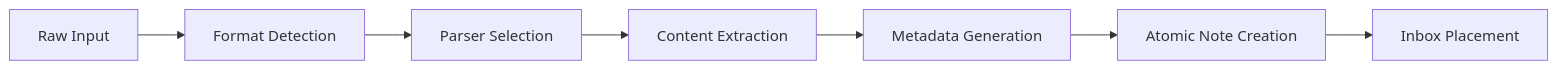
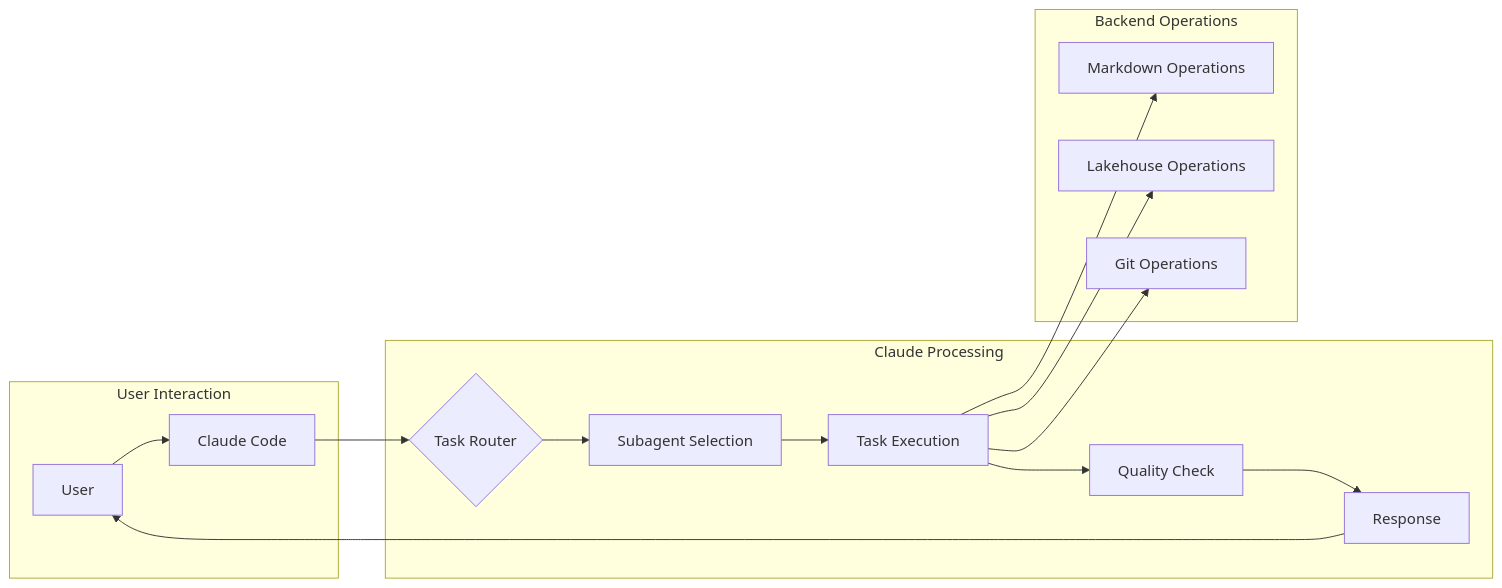
One commit to tommy-ca/research changed the second of 6 diagrams in docs/pkm-architecture/PKM-SYSTEM-ARCHITECTURE.md. Above: the diagram before and after it, drawn with Mermaid. The commit also changed other lines of this file and 4 other files, not shown here.

First line of the commit message:
feat: PKM Architecture v3.0 - Claude Code as Universal Orchestrator

````diff
--- a/docs/pkm-architecture/PKM-SYSTEM-ARCHITECTURE.md
+++ b/docs/pkm-architecture/PKM-SYSTEM-ARCHITECTURE.md
@@ -58,9 +187,22 @@
 ```mermaid
 graph LR
-    A[Raw Input] --> B[Format Detection]
-    B --> C[Parser Selection]
-    C --> D[Content Extraction]
-    D --> E[Metadata Generation]
-    E --> F[Atomic Note Creation]
-    F --> G[Inbox Placement]
+    subgraph "User Interaction"
+        A[User] --> B[Claude Code]
+    end
+    
+    subgraph "Claude Processing"
+        B --> C{Task Router}
+        C --> D[Subagent Selection]
+        D --> E[Task Execution]
+        E --> F[Quality Check]
+        F --> G[Response]
+    end
+    
+    subgraph "Backend Operations"
+        E --> H[Markdown Operations]
+        E --> I[Lakehouse Operations]
+        E --> J[Git Operations]
+    end
+    
+    G --> A
 ```
````
